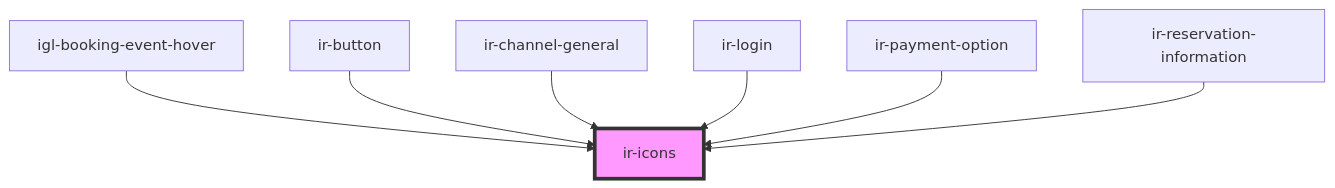
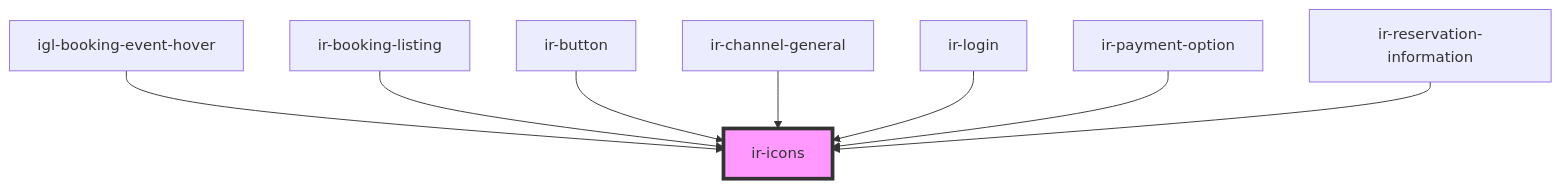
One commit to David1Chowaifaty/modified-ir-webcmp changed the diagram in src/components/ui/ir-icons/readme.md. Above: the diagram before and after it, drawn with Mermaid. The commit also changed other lines of this file and 17 other files, not shown here.

````diff
--- a/src/components/ui/ir-icons/readme.md
+++ b/src/components/ui/ir-icons/readme.md
@@ -29,10 +30,11 @@
 ```mermaid
 graph TD;
   igl-booking-event-hover --> ir-icons
+  ir-booking-listing --> ir-icons
   ir-button --> ir-icons
   ir-channel-general --> ir-icons
   ir-login --> ir-icons
   ir-payment-option --> ir-icons
   ir-reservation-information --> ir-icons
   style ir-icons fill:#f9f,stroke:#333,stroke-width:4px
 ```
````
